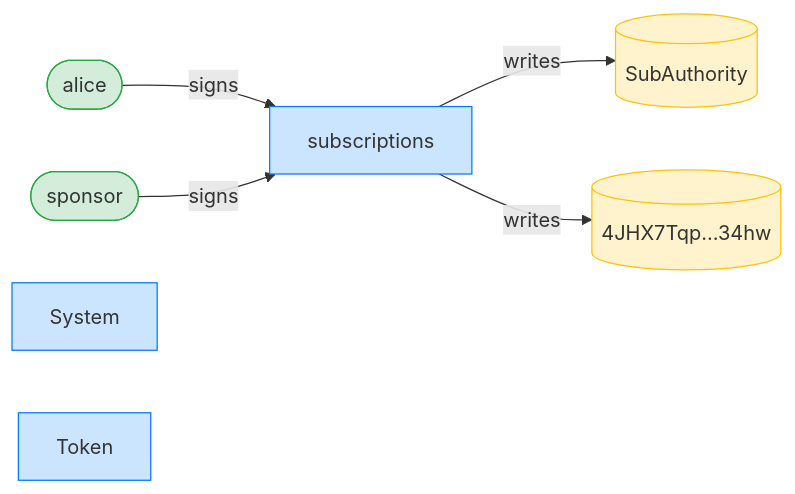
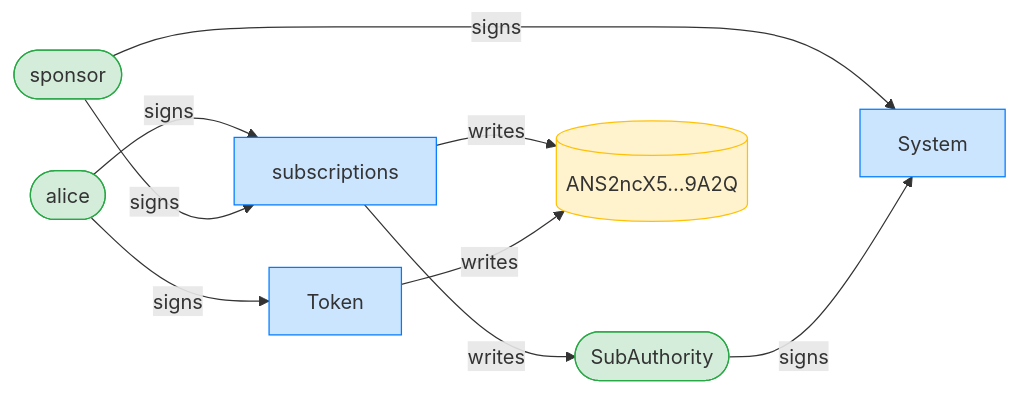
The third of 4 diagrams in dsl_tests/close-without-a-receiver-fails-when-a-sponsor-funded.md (cds-rs/subscriptions), drawn with Mermaid before and after one commit. The commit also changed other lines of this file and 224 other files, not shown here.

````diff
--- a/dsl_tests/close-without-a-receiver-fails-when-a-sponsor-funded.md
+++ b/dsl_tests/close-without-a-receiver-fails-when-a-sponsor-funded.md
@@ -54,17 +55,21 @@
 ```mermaid
 flowchart LR
     classDef signer fill:#d4edda,stroke:#28a745;
     classDef program fill:#cce5ff,stroke:#007bff;
     classDef writable fill:#fff3cd,stroke:#ffc107;
     subscriptions[subscriptions]:::program
     alice([alice]):::signer
-    SubAuthority[(SubAuthority)]:::writable
-    4JHX7Tqp_34hw[("4JHX7Tqp…34hw")]:::writable
+    SubAuthority([SubAuthority]):::signer
+    ANS2ncX5_9A2Q[("ANS2ncX5…9A2Q")]:::writable
     sponsor([sponsor]):::signer
     System[System]:::program
     Token[Token]:::program
     alice -->|signs| subscriptions
     sponsor -->|signs| subscriptions
+    sponsor -->|signs| System
+    SubAuthority -->|signs| System
+    alice -->|signs| Token
     subscriptions -->|writes| SubAuthority
-    subscriptions -->|writes| 4JHX7Tqp_34hw
+    subscriptions -->|writes| ANS2ncX5_9A2Q
+    Token -->|writes| ANS2ncX5_9A2Q
 ```
````
